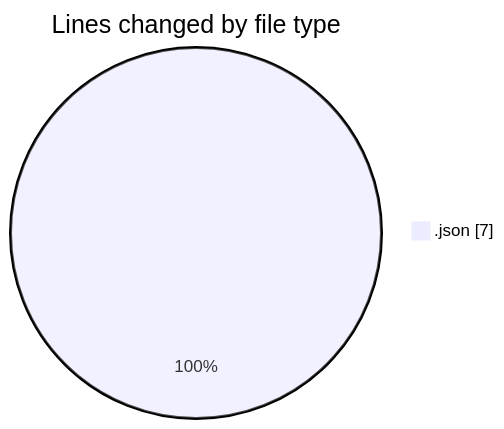
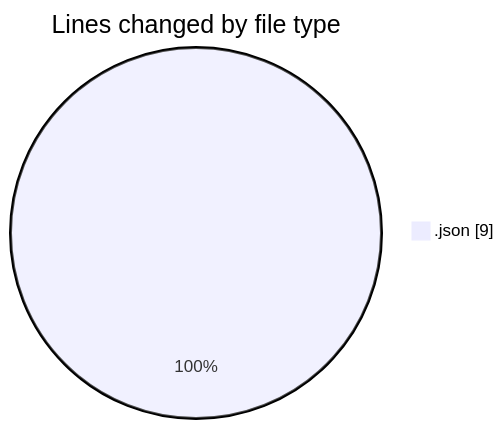
The first of 2 diagrams in 2025-07-22/opencode/README.md (EIIisD/code-tracking), drawn with Mermaid before and after one commit. The commit also changed other lines of this file and 1 other file, not shown here.

````diff
--- a/2025-07-22/opencode/README.md
+++ b/2025-07-22/opencode/README.md
@@ -20,5 +20,5 @@
 ```mermaid
 pie showData
 title Lines changed by file type
-".json" : 7
+".json" : 9
 ```
````
